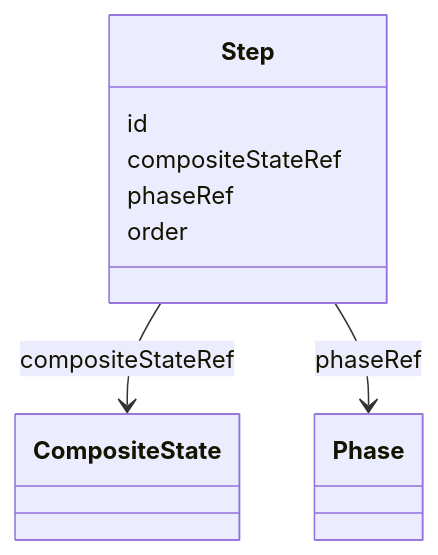
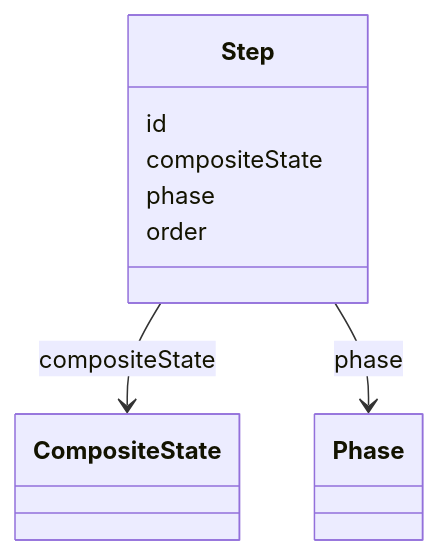
The second of 2 diagrams in specs/ed/modules/phase/index.md (openuji/spec-ujg), drawn with Mermaid before and after one commit. The commit also changed other lines of this file and 370 other files, not shown here.

````diff
--- a/specs/ed/modules/phase/index.md
+++ b/specs/ed/modules/phase/index.md
@@ -78,13 +74,13 @@
 ```mermaid
 classDiagram
   class CompositeState
   class Phase
   class Step {
     id
-    compositeStateRef
-    phaseRef
+    compositeState
+    phase
     order
   }
-  Step --> CompositeState : compositeStateRef
-  Step --> Phase : phaseRef
+  Step --> CompositeState : compositeState
+  Step --> Phase : phase
 ```
````
